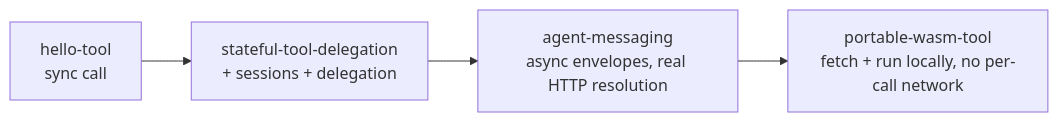
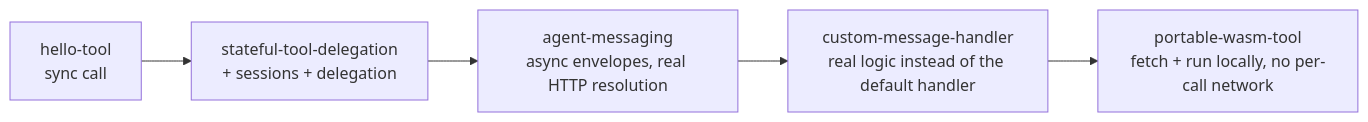
One commit to agentask/awp changed the diagram in examples/README.md. Above: the diagram before and after it, drawn with Mermaid. The commit also changed other lines of this file and 23 other files, not shown here.

````diff
--- a/examples/README.md
+++ b/examples/README.md
@@ -21,6 +22,7 @@
 ```mermaid
 flowchart LR
     H["hello-tool<br/>sync call"] --> S["stateful-tool-delegation<br/>+ sessions + delegation"]
     S --> A["agent-messaging<br/>async envelopes, real HTTP resolution"]
-    A --> P["portable-wasm-tool<br/>fetch + run locally, no per-call network"]
+    A --> C["custom-message-handler<br/>real logic instead of the default handler"]
+    C --> P["portable-wasm-tool<br/>fetch + run locally, no per-call network"]
 ```
````
